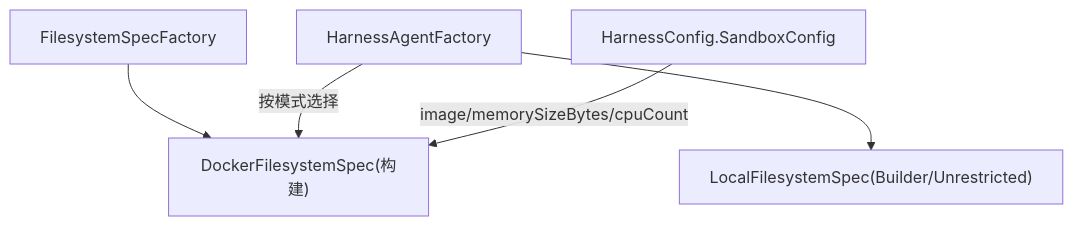
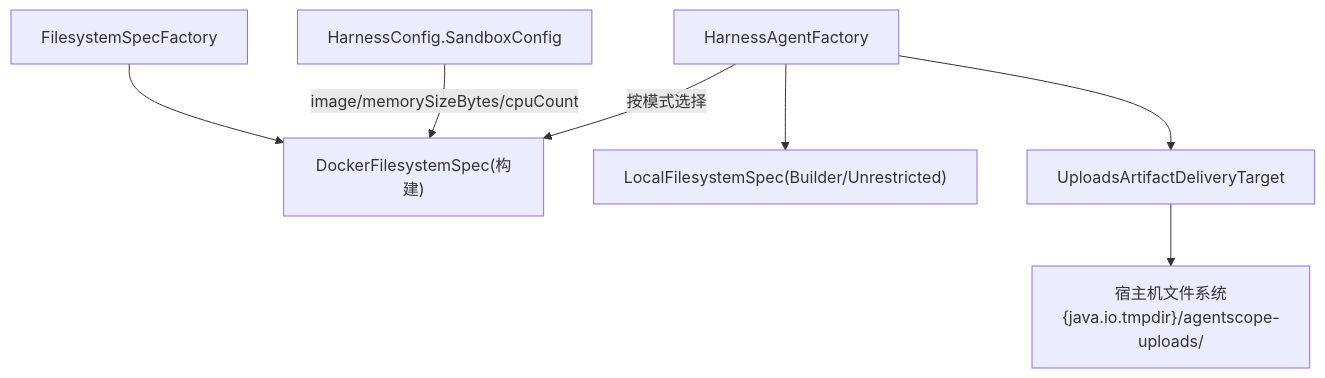
Before and after one commit to tinyhu/agentscope-demo: the first of 7 diagrams in .qoder/repowiki/zh/content/Harness 框架/沙箱环境隔离/Docker 沙箱模式.md, drawn with Mermaid. The commit also changed other lines of this file and 111 other files, not shown here.

````diff
--- a/.qoder/repowiki/zh/content/Harness 框架/沙箱环境隔离/Docker 沙箱模式.md
+++ b/.qoder/repowiki/zh/content/Harness 框架/沙箱环境隔离/Docker 沙箱模式.md
@@ -39,7 +52,9 @@
 ```mermaid
 graph TB
-    Factory["FilesystemSpecFactory"] --> DockerFS["DockerFilesystemSpec(构建)"]
-    Harness["HarnessAgentFactory"] -->|按模式选择| DockerFS
-    Harness --> LocalFS["LocalFilesystemSpec(Builder/Unrestricted)"]
-    Config["HarnessConfig.SandboxConfig"] -->|image/memorySizeBytes/cpuCount| DockerFS
+Factory["FilesystemSpecFactory"] --> DockerFS["DockerFilesystemSpec(构建)"]
+Harness["HarnessAgentFactory"] --> |按模式选择| DockerFS
+Harness --> LocalFS["LocalFilesystemSpec(Builder/Unrestricted)"]
+Config["HarnessConfig.SandboxConfig"] --> |image/memorySizeBytes/cpuCount| DockerFS
+Harness --> ArtifactDel["UploadsArtifactDeliveryTarget"]
+ArtifactDel --> HostFS["宿主机文件系统<br/>{java.io.tmpdir}/agentscope-uploads/"]
 ```
````
